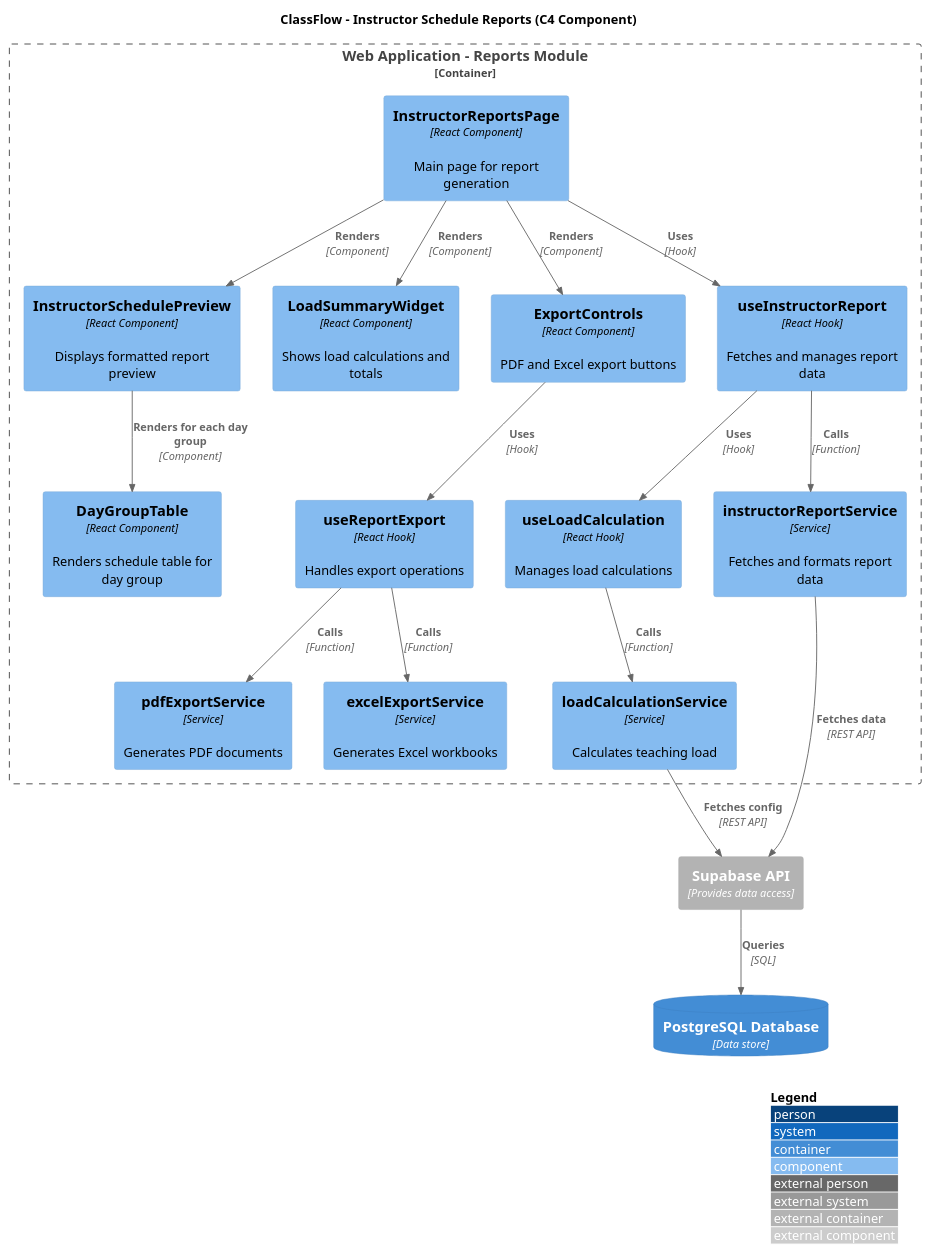
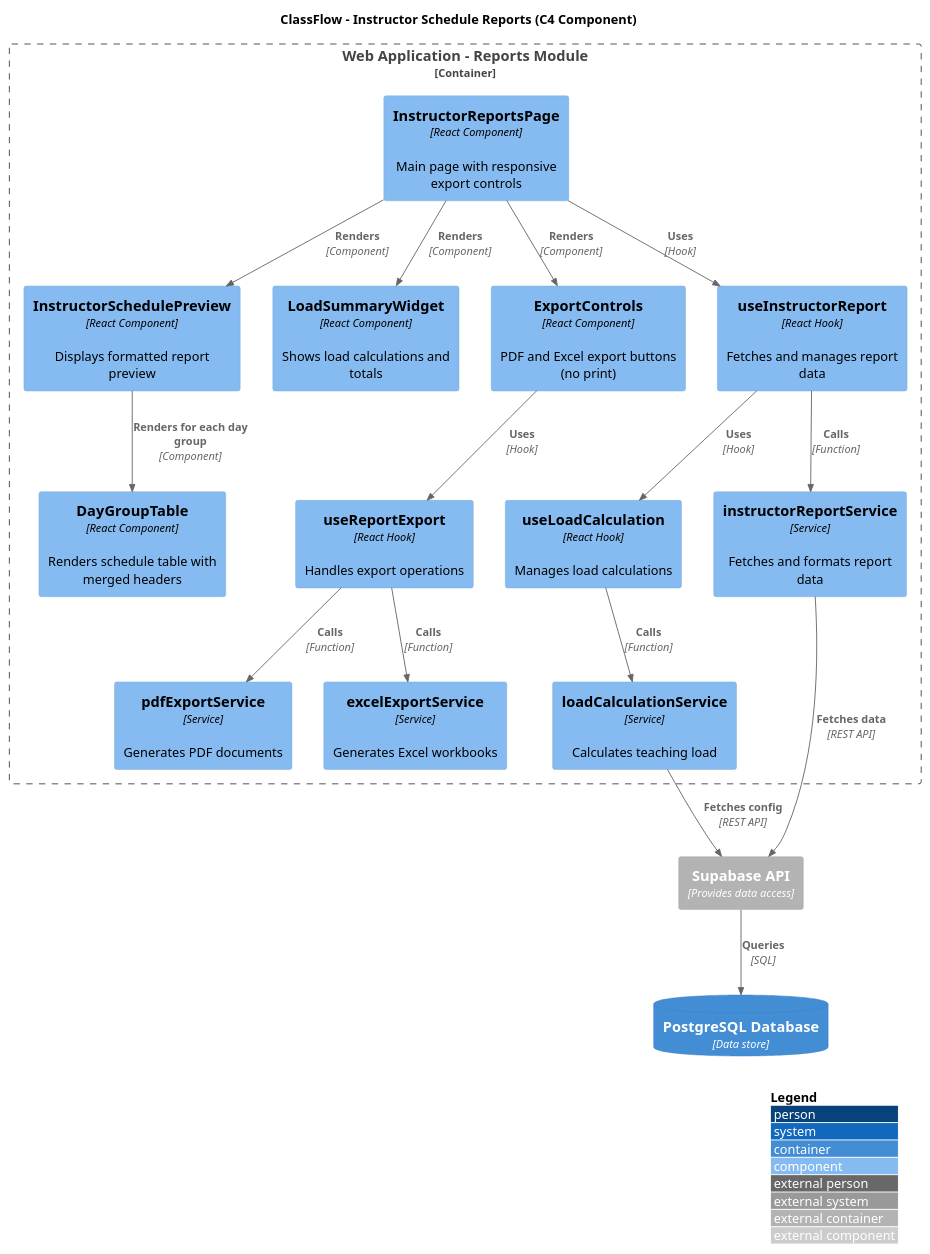
One commit to Wence024/ClassFlow changed the third of 7 diagrams in docs/c4-diagrams/instructor-reports-system.puml. Above: the diagram before and after it, drawn with PlantUML. The commit also changed other lines of this file and 4 other files, not shown here.

Commit message:
Fix report export and printing issues

```diff
--- a/docs/c4-diagrams/instructor-reports-system.puml
+++ b/docs/c4-diagrams/instructor-reports-system.puml
@@ -70,49 +70,49 @@
 @startuml Instructor Reports System - C4 Component Diagram
 !include https://raw.githubusercontent.com/plantuml-stdlib/C4-PlantUML/master/C4_Component.puml
 
 LAYOUT_WITH_LEGEND()
 
 title ClassFlow - Instructor Schedule Reports (C4 Component)
 
 Container_Boundary(webapp, "Web Application - Reports Module") {
-    Component(reportsPage, "InstructorReportsPage", "React Component", "Main page for report generation")
+    Component(reportsPage, "InstructorReportsPage", "React Component", "Main page with responsive export controls")
     Component(reportPreview, "InstructorSchedulePreview", "React Component", "Displays formatted report preview")
-    Component(dayGroupTable, "DayGroupTable", "React Component", "Renders schedule table for day group")
+    Component(dayGroupTable, "DayGroupTable", "React Component", "Renders schedule table with merged headers")
     Component(loadSummary, "LoadSummaryWidget", "React Component", "Shows load calculations and totals")
-    Component(exportButtons, "ExportControls", "React Component", "PDF and Excel export buttons")
+    Component(exportButtons, "ExportControls", "React Component", "PDF and Excel export buttons (no print)")
     
     Component(useInstructorReport, "useInstructorReport", "React Hook", "Fetches and manages report data")
     Component(useReportExport, "useReportExport", "React Hook", "Handles export operations")
     Component(useLoadCalc, "useLoadCalculation", "React Hook", "Manages load calculations")
     
     Component(reportService, "instructorReportService", "Service", "Fetches and formats report data")
     Component(loadService, "loadCalculationService", "Service", "Calculates teaching load")
     Component(pdfService, "pdfExportService", "Service", "Generates PDF documents")
     Component(excelService, "excelExportService", "Service", "Generates Excel workbooks")
 }
 
 Container_Ext(supabase, "Supabase API", "Provides data access")
 ContainerDb(db, "PostgreSQL Database", "Data store")
 
 Rel(reportsPage, useInstructorReport, "Uses", "Hook")
 Rel(reportsPage, reportPreview, "Renders", "Component")
 Rel(reportsPage, loadSummary, "Renders", "Component")
 Rel(reportsPage, exportButtons, "Renders", "Component")
 
 Rel(reportPreview, dayGroupTable, "Renders for each day group", "Component")
 
 Rel(exportButtons, useReportExport, "Uses", "Hook")
 Rel(useReportExport, pdfService, "Calls", "Function")
 Rel(useReportExport, excelService, "Calls", "Function")
 
 Rel(useInstructorReport, reportService, "Calls", "Function")
 Rel(useInstructorReport, useLoadCalc, "Uses", "Hook")
 
 Rel(useLoadCalc, loadService, "Calls", "Function")
 
 Rel(reportService, supabase, "Fetches data", "REST API")
 Rel(loadService, supabase, "Fetches config", "REST API")
 
 Rel(supabase, db, "Queries", "SQL")
 
 @enduml
```
